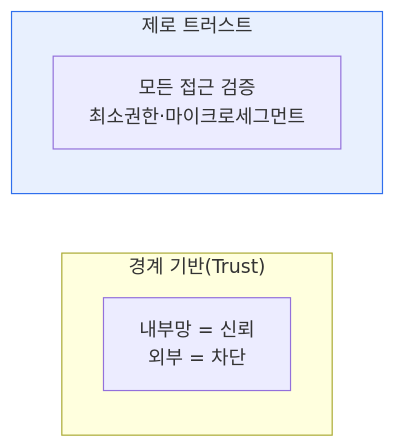
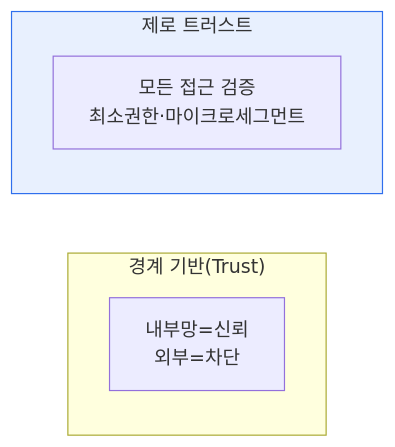
Before and after one commit to coninggu/wjdqhrhksflrltnftk: the diagram in content/zero-trust.md, drawn with Mermaid. The commit also changed other lines of this file and 5 other files, not shown here.

````diff
--- a/content/zero-trust.md
+++ b/content/zero-trust.md
@@ -12,10 +15,10 @@
 ```mermaid
 flowchart LR
   subgraph T["경계 기반(Trust)"]
-    TT["내부망 = 신뢰<br/>외부 = 차단"]
+    TT["내부망=신뢰<br/>외부=차단"]
   end
   subgraph Z["제로 트러스트"]
     ZZ["모든 접근 검증<br/>최소권한·마이크로세그먼트"]
   end
   style Z fill:#e8f0fe,stroke:#2f6fed
 ```
````
